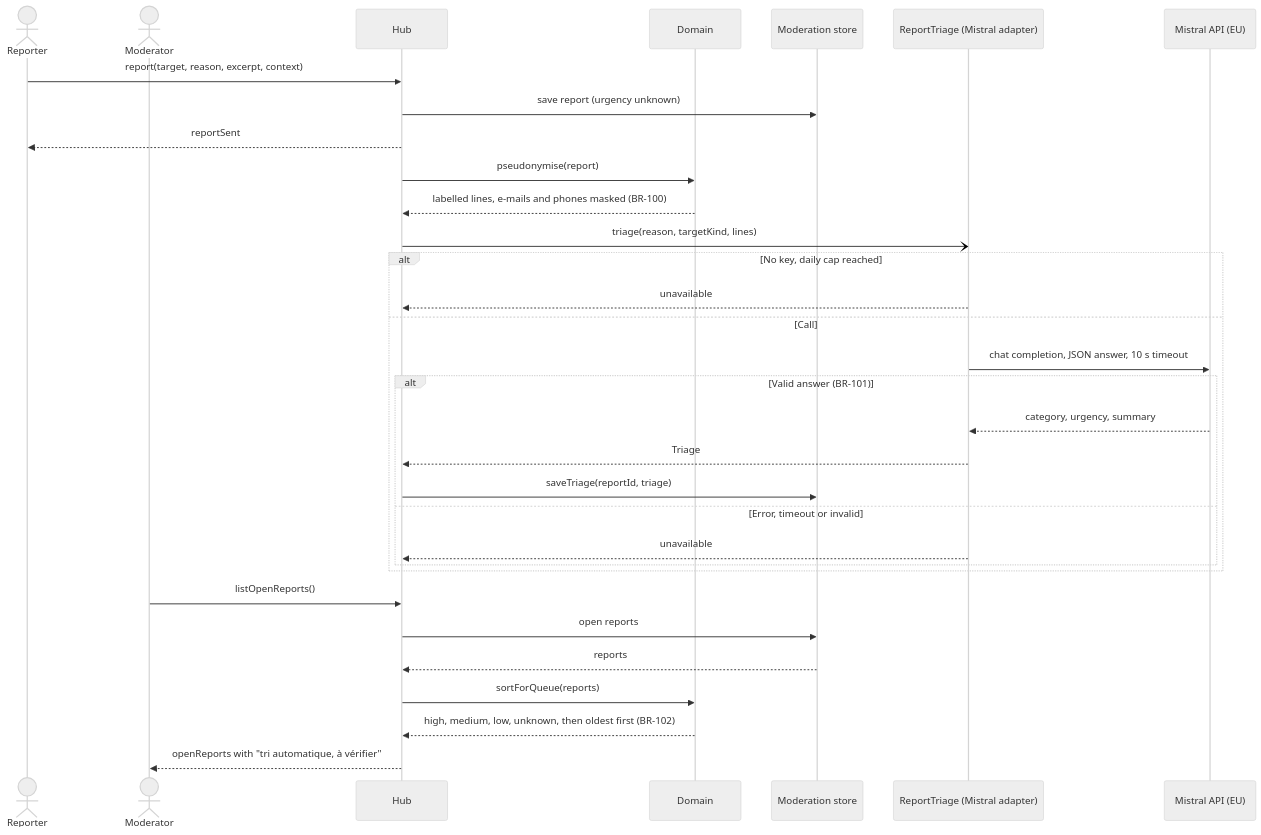
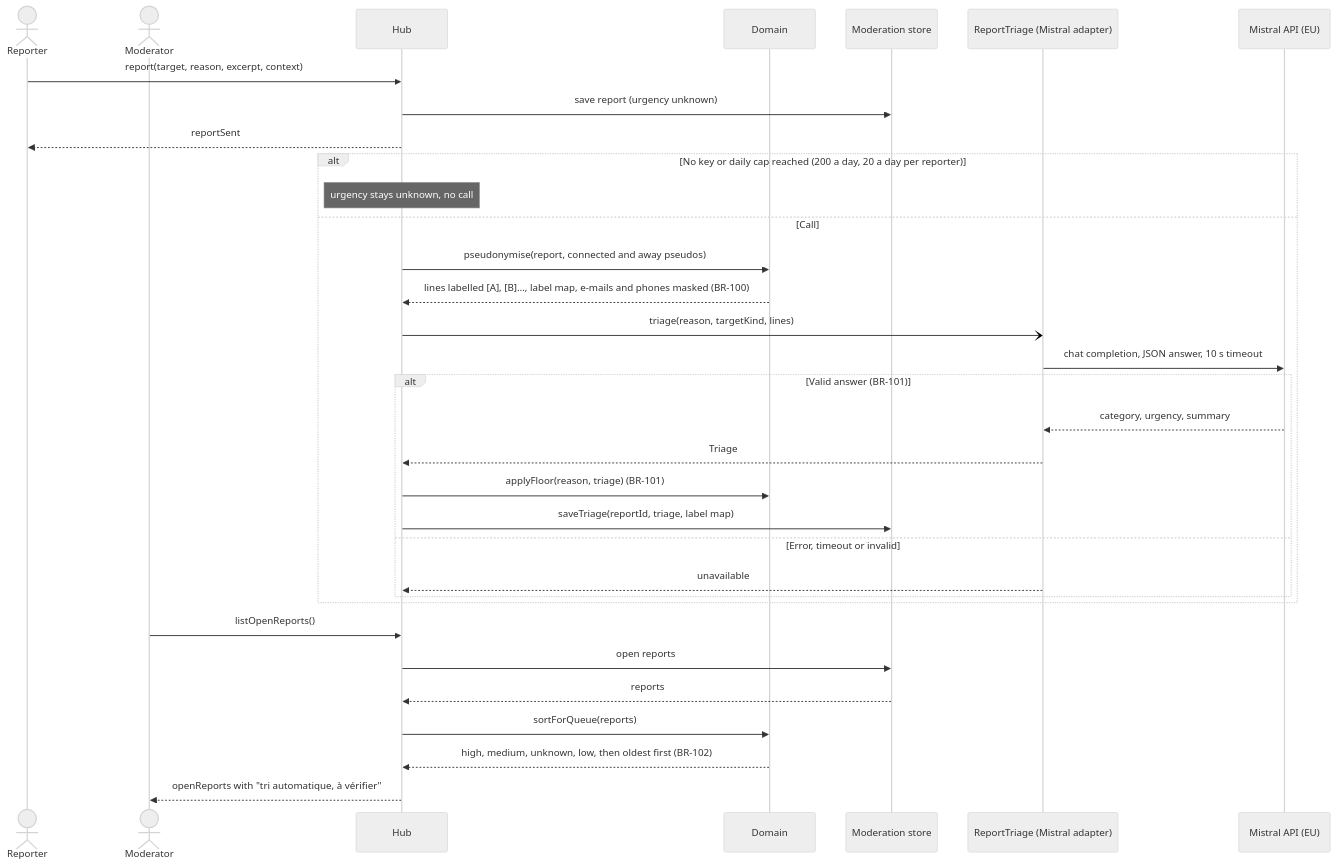
One commit to benoit-bremaud/asv changed the diagram in docs/architecture/diagrams/moderation/02g-sequence-ai-triage.md. Above: the diagram before and after it, drawn with Mermaid (neutral theme). The commit also changed other lines of this file and 22 other files, not shown here.

````diff
--- a/docs/architecture/diagrams/moderation/02g-sequence-ai-triage.md
+++ b/docs/architecture/diagrams/moderation/02g-sequence-ai-triage.md
@@ -15,34 +15,35 @@
 ```mermaid
 sequenceDiagram
   actor C as Reporter
   actor M as Moderator
   participant H as Hub
   participant D as Domain
   participant ST as Moderation store
   participant TR as ReportTriage (Mistral adapter)
   participant AI as Mistral API (EU)
   C->>H: report(target, reason, excerpt, context)
   H->>ST: save report (urgency unknown)
   H-->>C: reportSent
-  H->>D: pseudonymise(report)
-  D-->>H: labelled lines, e-mails and phones masked (BR-100)
-  H-)TR: triage(reason, targetKind, lines)
-  alt No key, daily cap reached
-    TR-->>H: unavailable
+  alt No key or daily cap reached (200 a day, 20 a day per reporter)
+    Note over H: urgency stays unknown, no call
   else Call
+    H->>D: pseudonymise(report, connected and away pseudos)
+    D-->>H: lines labelled [A], [B]…, label map, e-mails and phones masked (BR-100)
+    H-)TR: triage(reason, targetKind, lines)
     TR->>AI: chat completion, JSON answer, 10 s timeout
     alt Valid answer (BR-101)
       AI-->>TR: category, urgency, summary
       TR-->>H: Triage
-      H->>ST: saveTriage(reportId, triage)
+      H->>D: applyFloor(reason, triage) (BR-101)
+      H->>ST: saveTriage(reportId, triage, label map)
     else Error, timeout or invalid
       TR-->>H: unavailable
     end
   end
   M->>H: listOpenReports()
   H->>ST: open reports
   ST-->>H: reports
   H->>D: sortForQueue(reports)
-  D-->>H: high, medium, low, unknown, then oldest first (BR-102)
+  D-->>H: high, medium, unknown, low, then oldest first (BR-102)
   H-->>M: openReports with "tri automatique, à vérifier"
 ```
````
